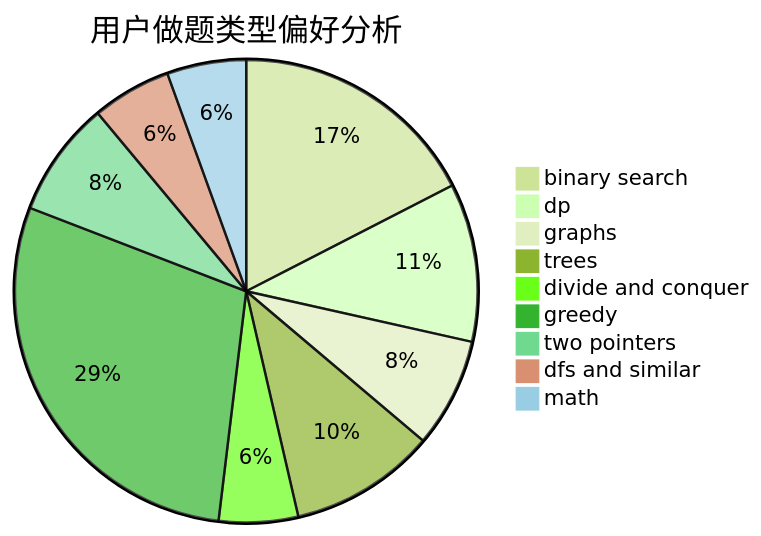
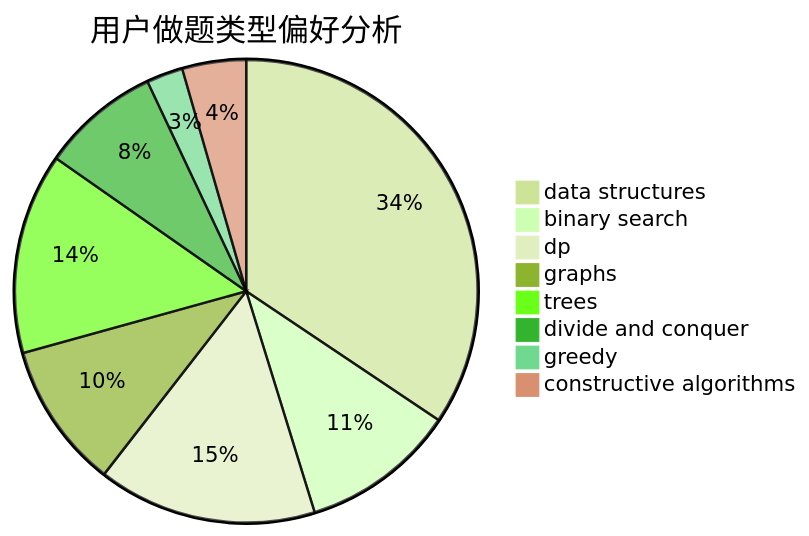
One commit to sherpahu/cfrs.github.io changed the second of 3 diagrams in docs/user/u2567.md. Above: the diagram before and after it, drawn with Mermaid (forest theme). The commit also changed other lines of this file and 2775 other files, not shown here.

````diff
--- a/docs/user/u2567.md
+++ b/docs/user/u2567.md
@@ -23,12 +23,11 @@
 ```mermaid
 pie title 用户做题类型偏好分析
-    "binary search" :  41
-    "dp" :  26
-    "graphs" :  18
-    "trees" :  24
+    "data structures" :  54
+    "binary search" :  17
+    "dp" :  24
+    "graphs" :  16
+    "trees" :  22
     "divide and conquer" :  13
-    "greedy" :  68
-    "two pointers" :  19
-    "dfs and similar" :  13
-    "math" :  13
+    "greedy" :  4
+    "constructive algorithms" :  7
 ```
````
